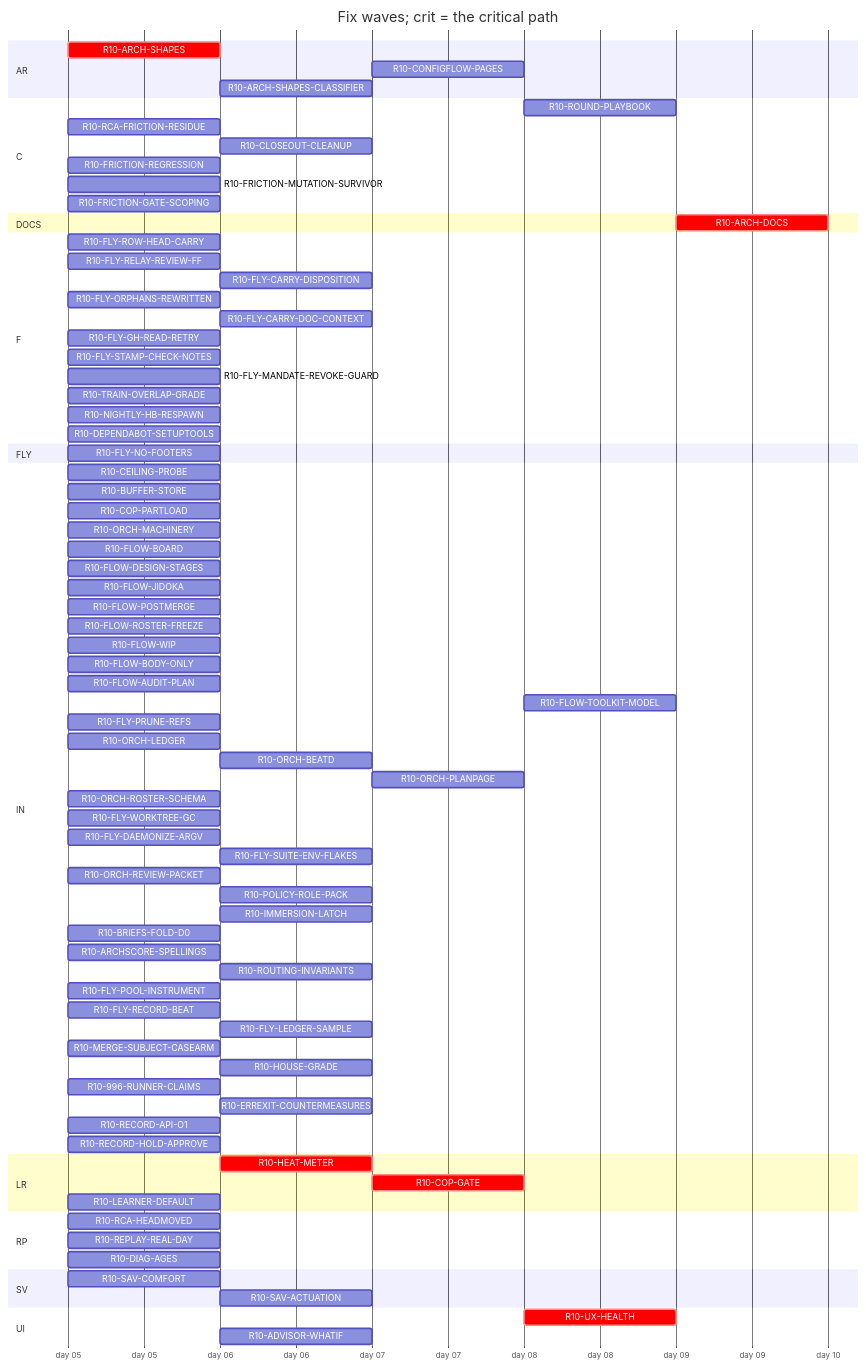
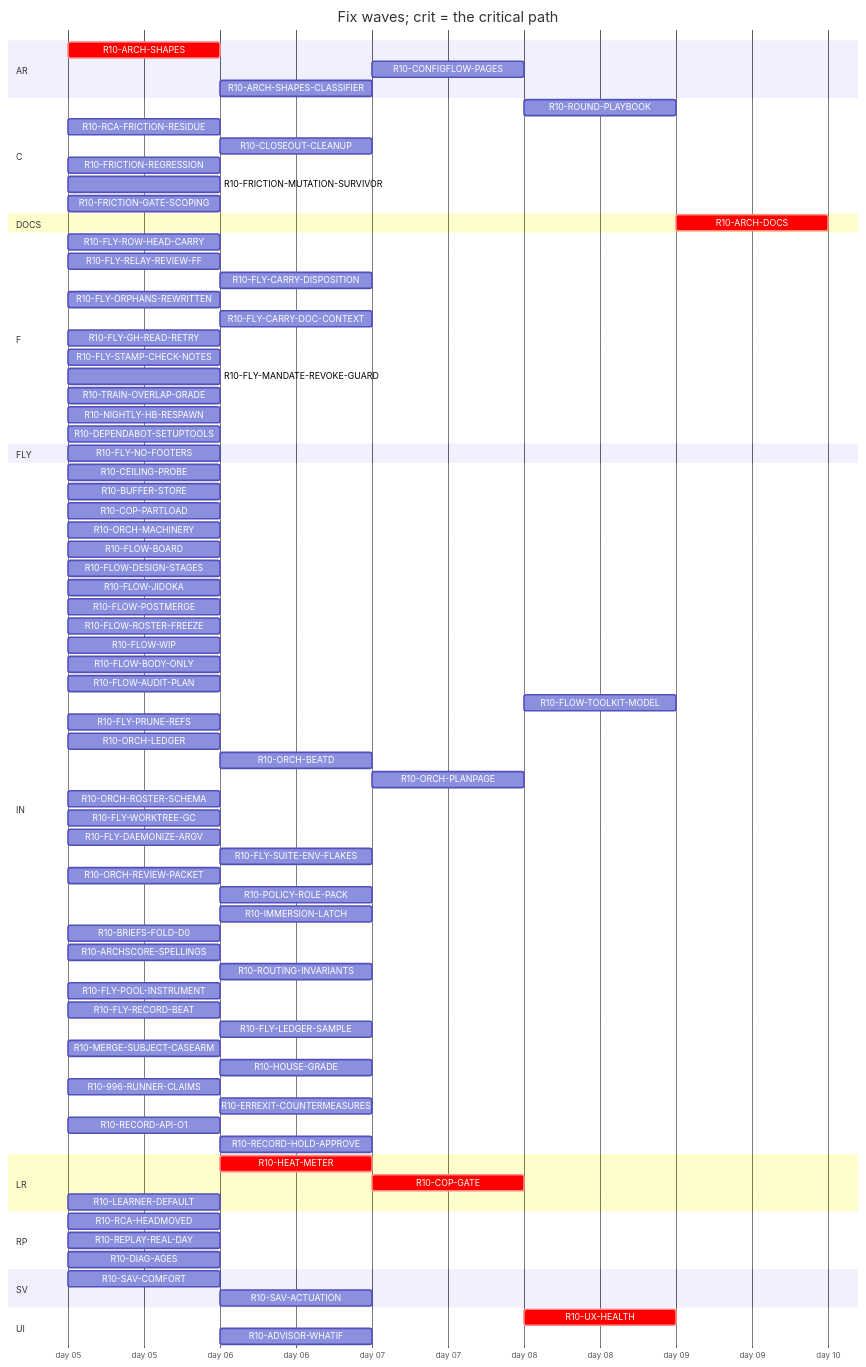
Before and after one commit to tvofi/heatpump_optimizer: the diagram in handoff/round10/state/PLAN-TABLE.md, drawn with Mermaid. The commit also changed other lines of this file and 2 other files, not shown here.

```diff
--- a/handoff/round10/state/PLAN-TABLE.md
+++ b/handoff/round10/state/PLAN-TABLE.md
@@ -88,7 +88,7 @@
     R10-996-RUNNER-CLAIMS :r10996RUNNERCLAIMS, 2026-01-05, 1d
     R10-ERREXIT-COUNTERMEASURES :r10ERREXITCOUNTERMEASURES, after r10ARCHSHAPES, 1d
     R10-RECORD-API-O1 :r10RECORDAPIO1, 2026-01-05, 1d
-    R10-RECORD-HOLD-APPROVE :r10RECORDHOLDAPPROVE, 2026-01-05, 1d
+    R10-RECORD-HOLD-APPROVE :r10RECORDHOLDAPPROVE, after r10ARCHSHAPES, 1d
   section LR
     R10-HEAT-METER :crit, r10HEATMETER, after r10ARCHSHAPES, 1d
     R10-COP-GATE :crit, r10COPGATE, after r10HEATMETER, 1d
```
